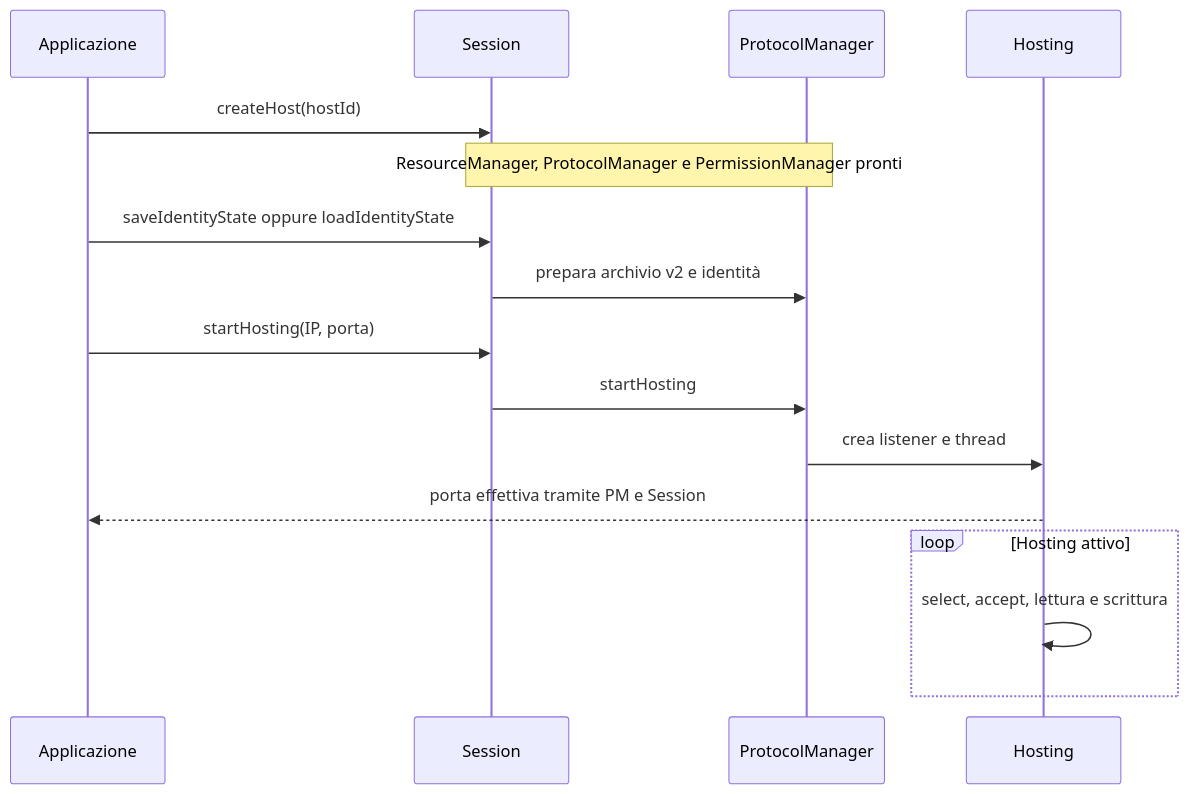
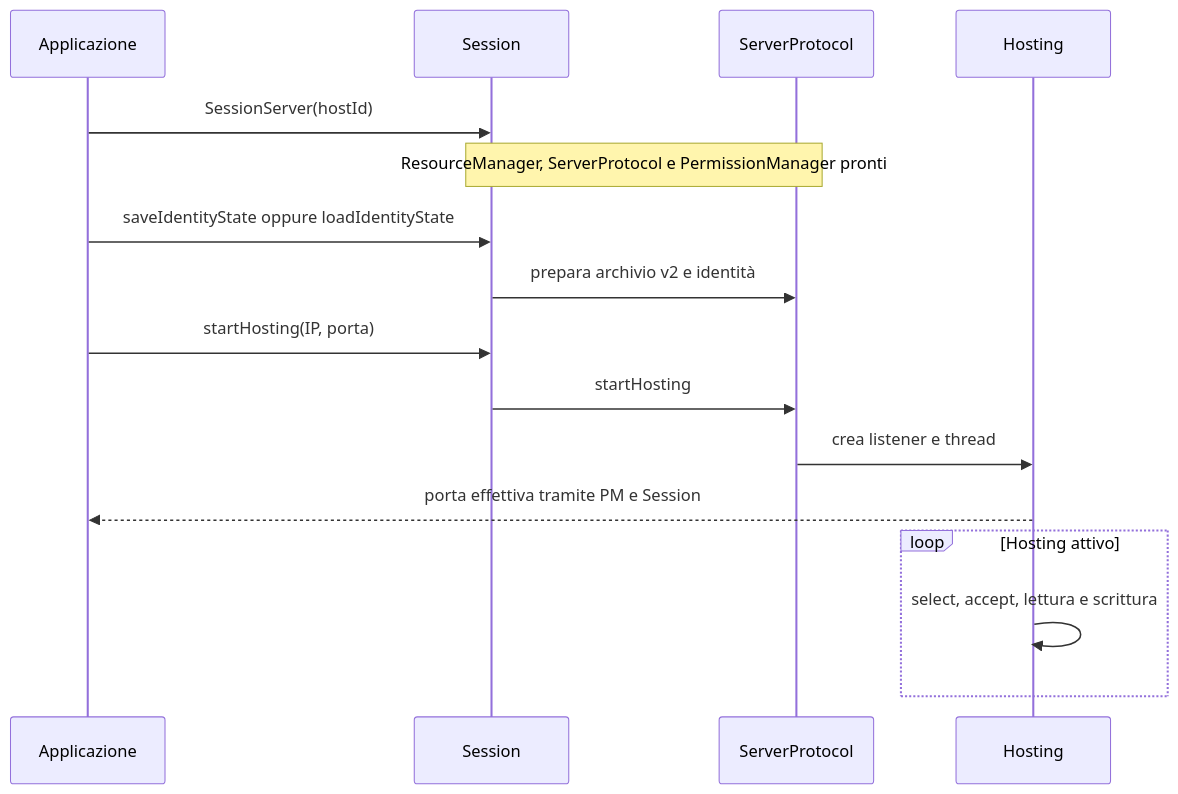
The second of 9 diagrams in .context/session-flows.md (ForzaElettromotrice/GolarionHelper), drawn with Mermaid before and after one commit. The commit also changed other lines of this file and 13 other files, not shown here.

Commit message:
Document multiplayer protocol ownership, permission updates and campaign sheet folders

````diff
--- a/.context/session-flows.md
+++ b/.context/session-flows.md
@@ -41,18 +41,18 @@
 ```mermaid
 sequenceDiagram
     participant App as Applicazione
     participant S as Session
-    participant PM as ProtocolManager
+    participant PM as ServerProtocol
     participant H as Hosting
-    App->>S: createHost(hostId)
-    Note over S,PM: ResourceManager, ProtocolManager e PermissionManager pronti
+    App->>S: SessionServer(hostId)
+    Note over S,PM: ResourceManager, ServerProtocol e PermissionManager pronti
     App->>S: saveIdentityState oppure loadIdentityState
     S->>PM: prepara archivio v2 e identità
     App->>S: startHosting(IP, porta)
     S->>PM: startHosting
     PM->>H: crea listener e thread
     H-->>App: porta effettiva tramite PM e Session
     loop Hosting attivo
         H->>H: select, accept, lettura e scrittura
     end
 ```
````
